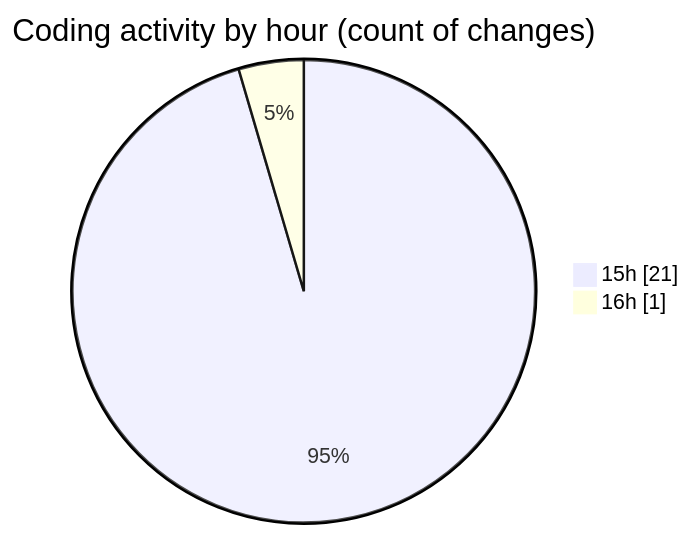
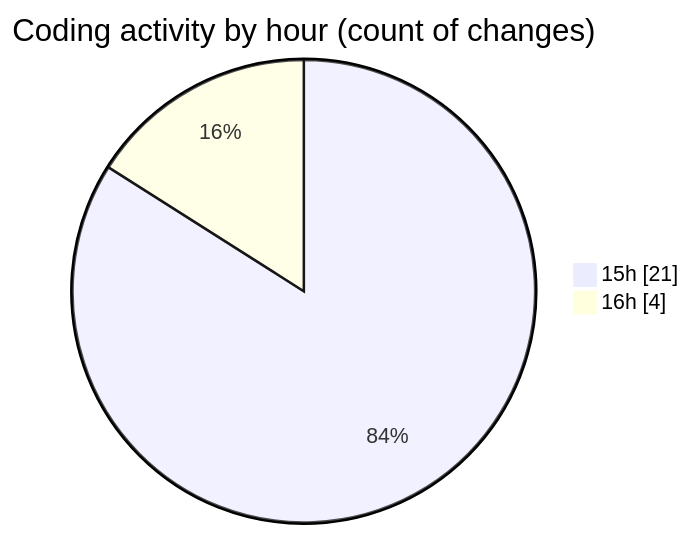
One commit to NitaiMahat/code-tracking changed the second of 2 diagrams in 2025-01-26/results-summary-component-main/README.md. Above: the diagram before and after it, drawn with Mermaid. The commit also changed other lines of this file and 1 other file, not shown here.

````diff
--- a/2025-01-26/results-summary-component-main/README.md
+++ b/2025-01-26/results-summary-component-main/README.md
@@ -30,6 +30,6 @@
 ```mermaid
 pie showData
 title Coding activity by hour (count of changes)
 "15h" : 21
-"16h" : 1
+"16h" : 4
 ```
````
